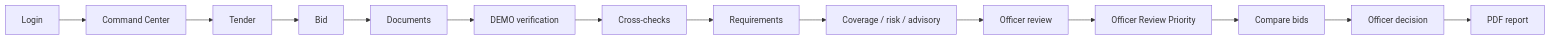
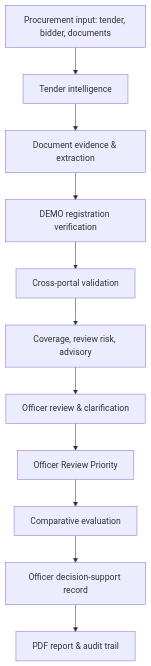
The first of 4 diagrams in README.md (upadhyaydhruv202-hue/Bharatbid), drawn with Mermaid before and after one commit. The commit also changed other lines of this file and 3 other files, not shown here.

````diff
--- a/README.md
+++ b/README.md
@@ -149,16 +224,14 @@
 ```mermaid
-flowchart LR
-  A[Login] --> B[Command Center]
-  B --> C[Tender]
-  C --> D[Bid]
-  D --> E[Documents]
-  E --> F[DEMO verification]
-  F --> G[Cross-checks]
-  G --> H[Requirements]
-  H --> I[Coverage / risk / advisory]
-  I --> J[Officer review]
-  J --> K[Officer Review Priority]
-  K --> L[Compare bids]
-  L --> M[Officer decision]
-  M --> N[PDF report]
+flowchart TB
+  IN[Procurement input: tender, bidder, documents]
+  IN --> TI[Tender intelligence]
+  TI --> EX[Document evidence & extraction]
+  EX --> VR[DEMO registration verification]
+  VR --> XC[Cross-portal validation]
+  XC --> CV[Coverage, review risk, advisory]
+  CV --> RV[Officer review & clarification]
+  RV --> AT[Officer Review Priority]
+  AT --> EV[Comparative evaluation]
+  EV --> DS[Officer decision-support record]
+  DS --> RP[PDF report & audit trail]
 ```
````
